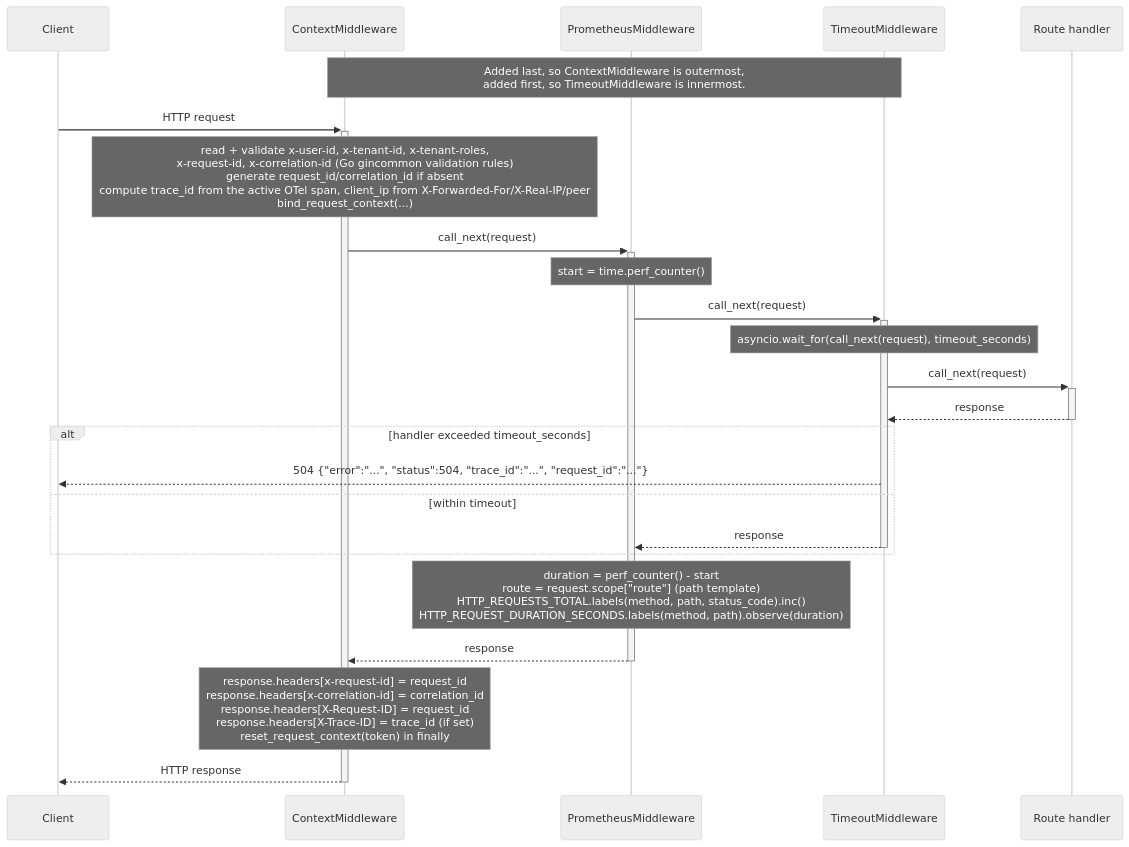
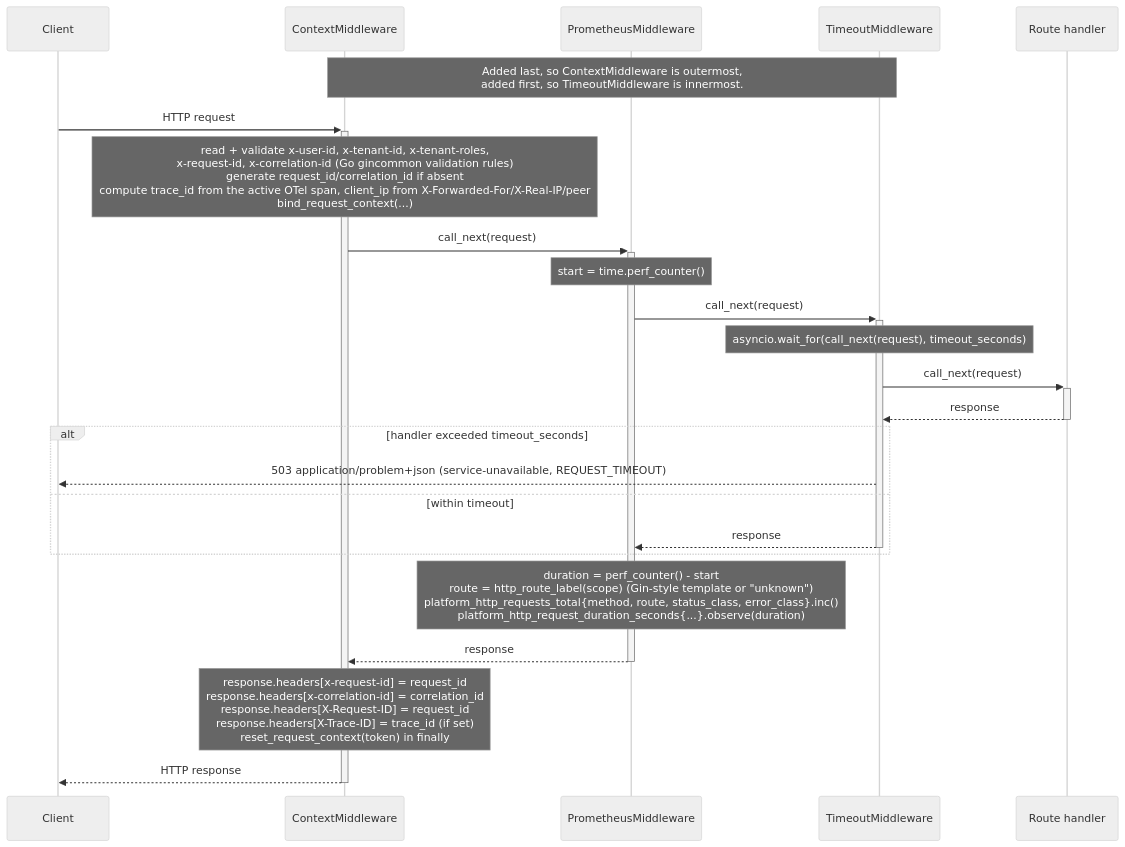
The diagram in docs/architecture/mermaid/request-flow.mmd (BCBP-SOLUTIONS-FZC-LLC/platform-fastapicommon), drawn with Mermaid (neutral theme) before and after one commit. The commit also changed 42 other files, not shown here.

First line of the commit message:
feat!: Enterprise Platform Observability Standard + RFC 9457 Problem Details (parity with platform-gincommon v2) (#20)

```diff
--- a/docs/architecture/mermaid/request-flow.mmd
+++ b/docs/architecture/mermaid/request-flow.mmd
@@ -1,33 +1,33 @@
 sequenceDiagram
     participant Client
     participant CM as ContextMiddleware
     participant PM as PrometheusMiddleware
     participant TM as TimeoutMiddleware
     participant H as Route handler
 
     Note over CM,TM: Added last, so ContextMiddleware is outermost,<br/>added first, so TimeoutMiddleware is innermost.
 
     Client ->>+ CM: HTTP request
     Note over CM: read + validate x-user-id, x-tenant-id, x-tenant-roles,<br/>x-request-id, x-correlation-id (Go gincommon validation rules)<br/>generate request_id/correlation_id if absent<br/>compute trace_id from the active OTel span, client_ip from X-Forwarded-For/X-Real-IP/peer<br/>bind_request_context(...)
 
     CM ->>+ PM: call_next(request)
     Note over PM: start = time.perf_counter()
 
     PM ->>+ TM: call_next(request)
     Note over TM: asyncio.wait_for(call_next(request), timeout_seconds)
 
     TM ->>+ H: call_next(request)
     H -->>- TM: response
 
     alt handler exceeded timeout_seconds
-        TM -->> Client: 504 {"error":"...", "status":504, "trace_id":"...", "request_id":"..."}
+        TM -->> Client: 503 application/problem+json (service-unavailable, REQUEST_TIMEOUT)
     else within timeout
         TM -->>- PM: response
     end
 
-    Note over PM: duration = perf_counter() - start<br/>route = request.scope["route"] (path template)<br/>HTTP_REQUESTS_TOTAL.labels(method, path, status_code).inc()<br/>HTTP_REQUEST_DURATION_SECONDS.labels(method, path).observe(duration)
+    Note over PM: duration = perf_counter() - start<br/>route = http_route_label(scope) (Gin-style template or "unknown")<br/>platform_http_requests_total{method, route, status_class, error_class}.inc()<br/>platform_http_request_duration_seconds{...}.observe(duration)
 
     PM -->>- CM: response
     Note over CM: response.headers[x-request-id] = request_id<br/>response.headers[x-correlation-id] = correlation_id<br/>response.headers[X-Request-ID] = request_id<br/>response.headers[X-Trace-ID] = trace_id (if set)<br/>reset_request_context(token) in finally
 
     CM -->>- Client: HTTP response
```
